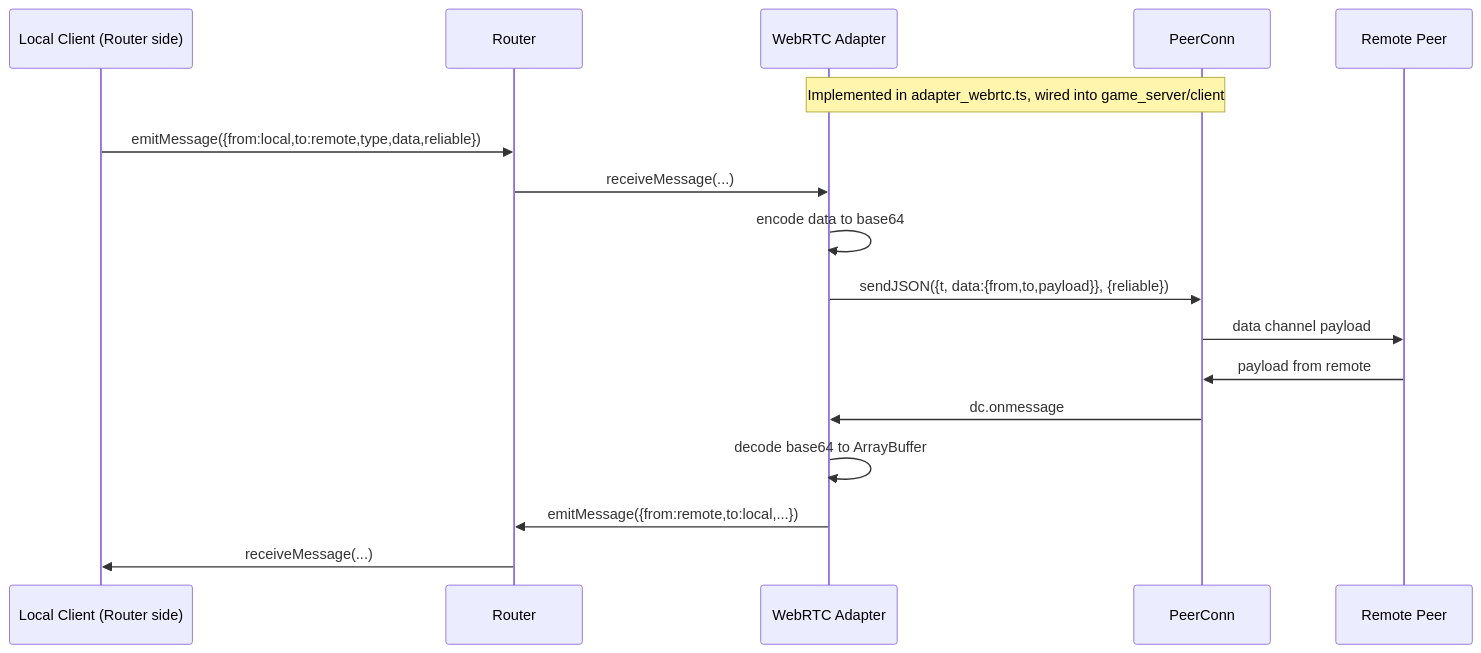
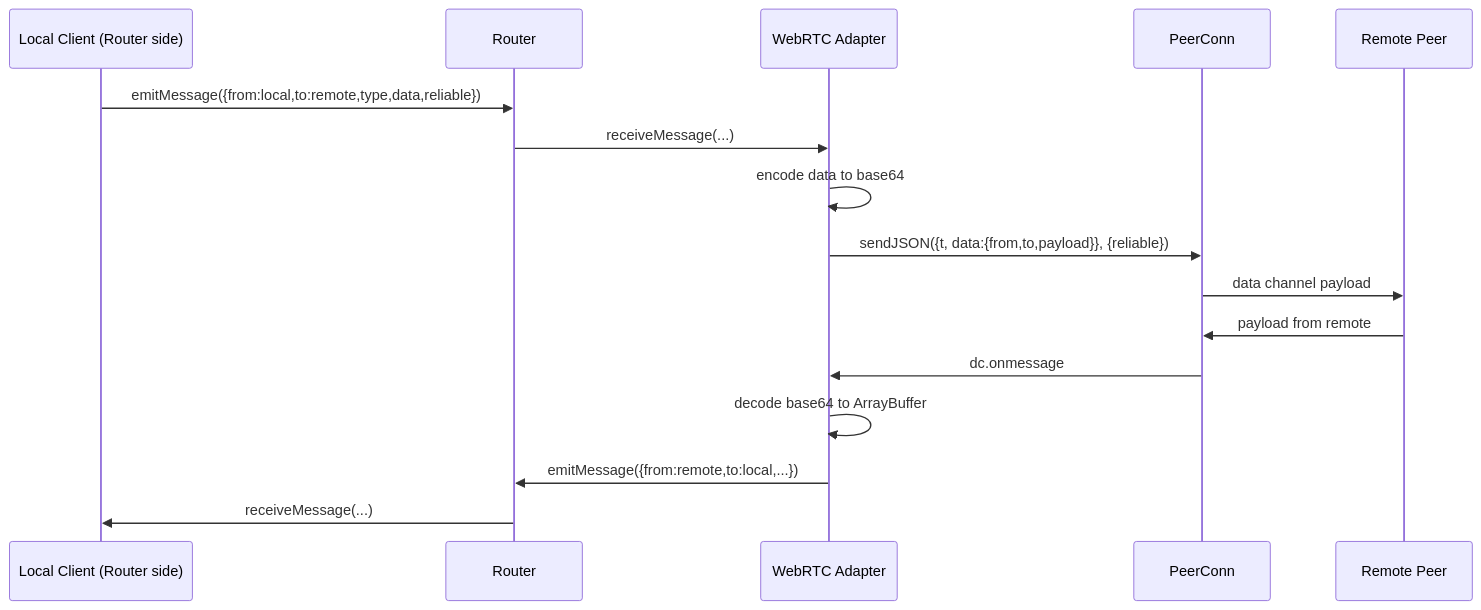
Before and after one commit to pjoe/gamenet: the sixth of 6 diagrams in docs/routing.md, drawn with Mermaid. The commit also changed other lines of this file and 1 other file, not shown here.

Commit message:
feat: enhance routing architecture with worker-hosted server and pluggable transport adapters

````diff
--- a/docs/routing.md
+++ b/docs/routing.md
@@ -143,22 +326,20 @@
 ```mermaid
 sequenceDiagram
     participant L as Local Client (Router side)
     participant R as Router
     participant RA as WebRTC Adapter
     participant PC as PeerConn
     participant RP as Remote Peer
-
-    Note over RA,PC: Implemented in adapter_webrtc.ts, wired into game_server/client
 
     L->>R: emitMessage({from:local,to:remote,type,data,reliable})
     R->>RA: receiveMessage(...)
     RA->>RA: encode data to base64
     RA->>PC: sendJSON({t, data:{from,to,payload}}, {reliable})
     PC->>RP: data channel payload
 
     RP->>PC: payload from remote
     PC->>RA: dc.onmessage
     RA->>RA: decode base64 to ArrayBuffer
     RA->>R: emitMessage({from:remote,to:local,...})
     R->>L: receiveMessage(...)
 ```
````
